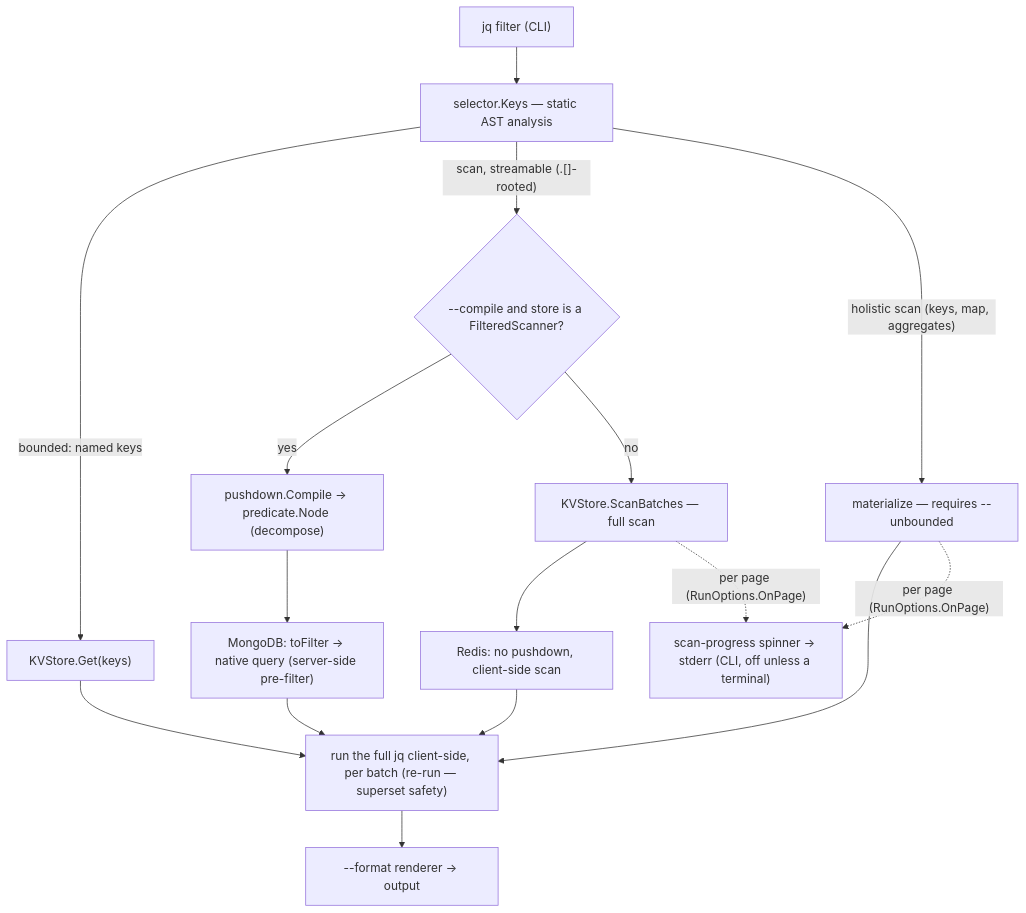
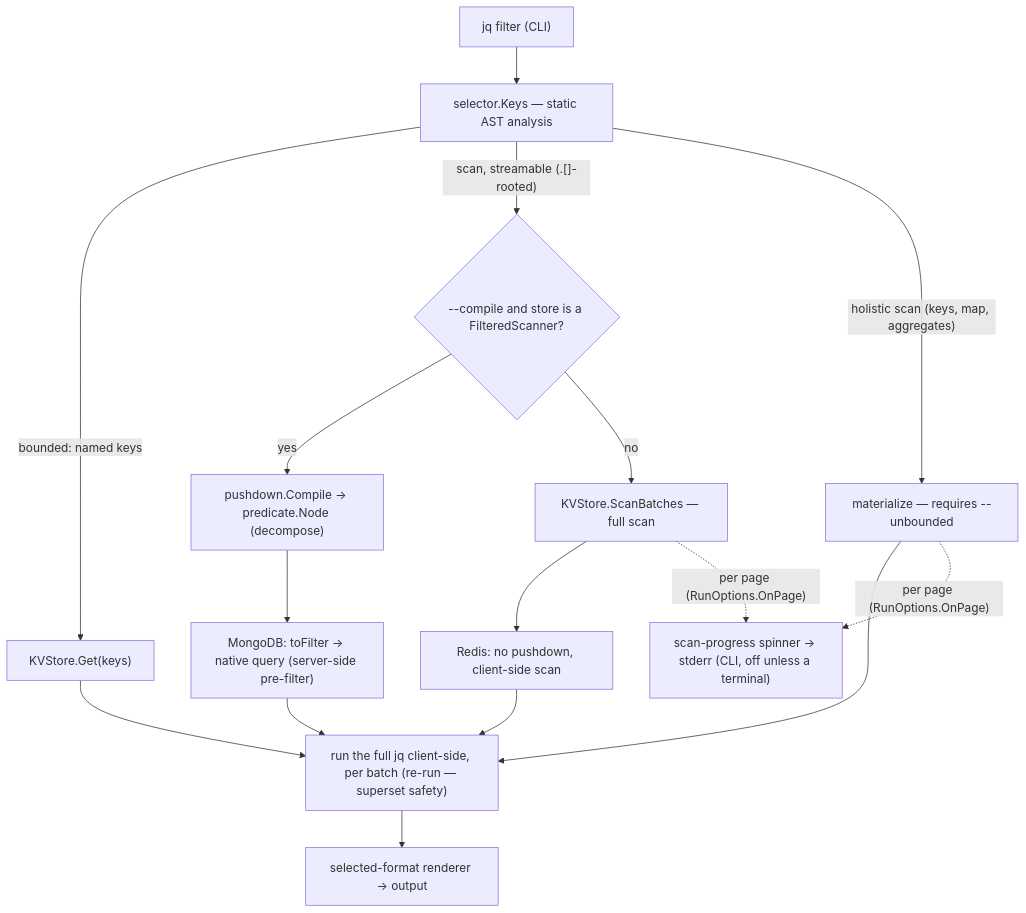
Before and after one commit to zsltg/iq: the diagram in README.md, drawn with Mermaid. The commit also changed other lines of this file and 5 other files, not shown here.

````diff
--- a/README.md
+++ b/README.md
@@ -449,22 +449,22 @@
 ```mermaid
 graph TD
   F["jq filter (CLI)"] --> SEL["selector.Keys — static AST analysis"]
   SEL -->|"bounded: named keys"| GET["KVStore.Get(keys)"]
   SEL -->|"scan, streamable (.[]-rooted)"| CMP{"--compile and store is a FilteredScanner?"}
   SEL -->|"holistic scan (keys, map, aggregates)"| MAT["materialize — requires --unbounded"]
 
   CMP -->|yes| PD["pushdown.Compile → predicate.Node (decompose)"]
   CMP -->|no| RS["KVStore.ScanBatches — full scan"]
 
   PD --> MG["MongoDB: toFilter → native query (server-side pre-filter)"]
   RS --> RD["Redis: no pushdown, client-side scan"]
 
   GET --> JQ["run the full jq client-side, per batch (re-run — superset safety)"]
   MAT --> JQ
   MG --> JQ
   RD --> JQ
-  JQ --> OUT["--format renderer → output"]
+  JQ --> OUT["selected-format renderer → output"]
 
   RS -.->|"per page (RunOptions.OnPage)"| PROG["scan-progress spinner → stderr (CLI, off unless a terminal)"]
   MAT -.->|"per page (RunOptions.OnPage)"| PROG
 ```
````
